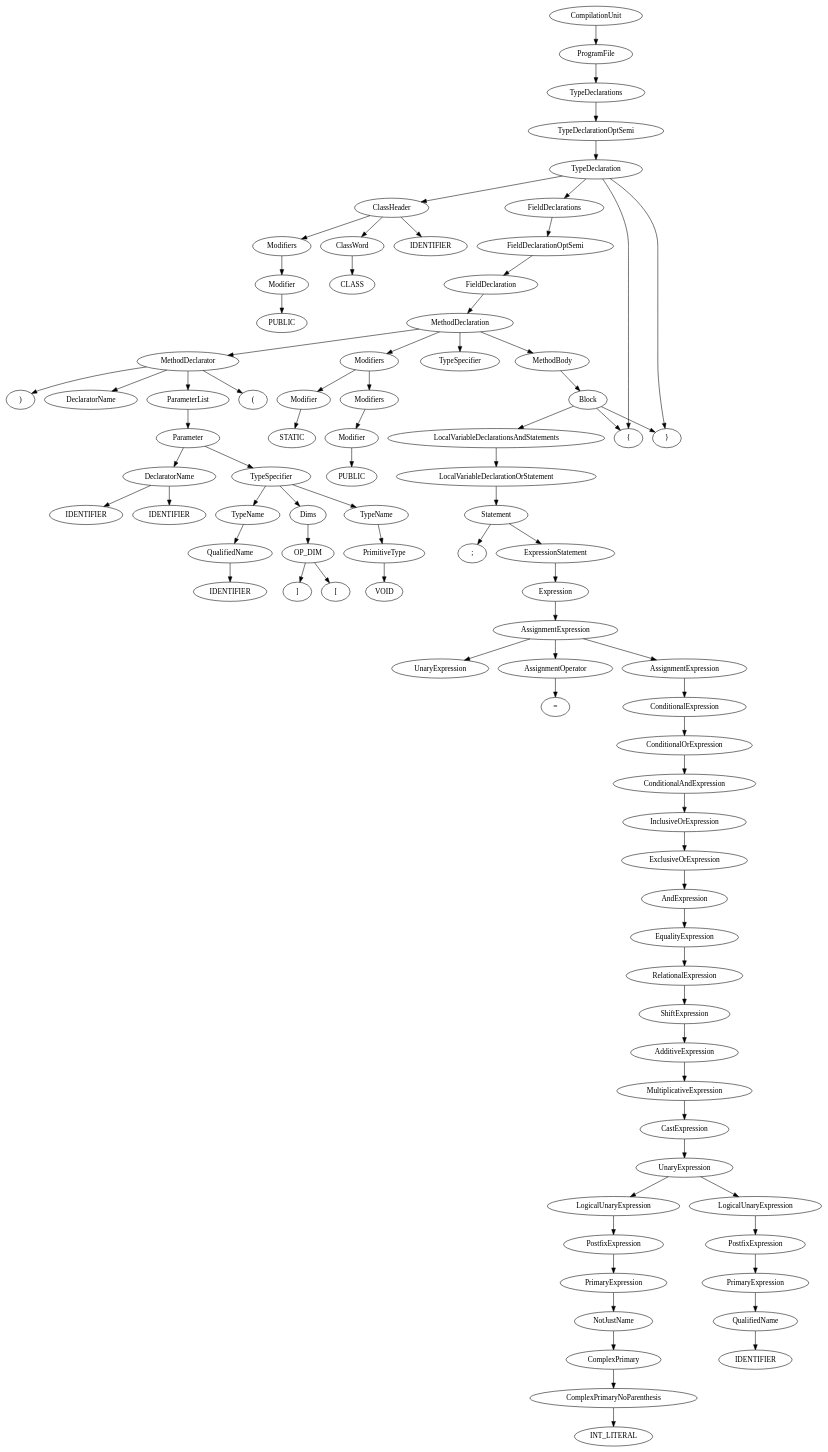
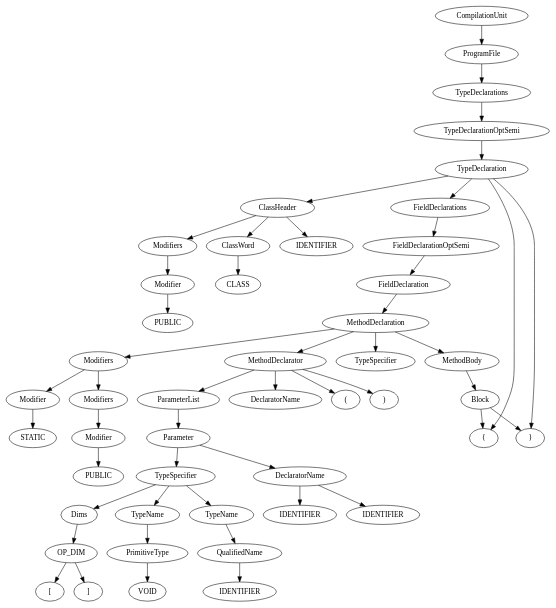
Before and after one commit to shubhag/compiler: the diagram in asgn2/parse_tree.dot, drawn with Graphviz. The commit also changed 26 other files, not shown here.

```diff
--- a/asgn2/parse_tree.dot
+++ b/asgn2/parse_tree.dot
@@ -1,141 +1,75 @@
 digraph "Parse Tree" {
 	ProgramFile1 [label = "ProgramFile"] 
 	CompilationUnit -> {  ProgramFile1 }
 	TypeDeclarations1 [label = "TypeDeclarations"] 
 	ProgramFile1 -> {  TypeDeclarations1 }
 	TypeDeclarationOptSemi1 [label = "TypeDeclarationOptSemi"] 
 	TypeDeclarations1 -> {  TypeDeclarationOptSemi1 }
 	TypeDeclaration1 [label = "TypeDeclaration"] 
 	TypeDeclarationOptSemi1 -> {  TypeDeclaration1 }
 	ClassHeader1 [label = "ClassHeader"] 
 	FieldDeclarations1 [label = "FieldDeclarations"] 
 	TypeDeclaration1 -> {  ClassHeader1 "{" FieldDeclarations1 "}" }
 	FieldDeclarationOptSemi1 [label = "FieldDeclarationOptSemi"] 
 	FieldDeclarations1 -> {  FieldDeclarationOptSemi1 }
 	FieldDeclaration1 [label = "FieldDeclaration"] 
 	FieldDeclarationOptSemi1 -> {  FieldDeclaration1 }
 	MethodDeclaration1 [label = "MethodDeclaration"] 
 	FieldDeclaration1 -> {  MethodDeclaration1 }
 	Modifiers1 [label = "Modifiers"] 
 	TypeSpecifier1 [label = "TypeSpecifier"] 
 	MethodDeclarator1 [label = "MethodDeclarator"] 
 	MethodBody1 [label = "MethodBody"] 
 	MethodDeclaration1 -> {  Modifiers1 TypeSpecifier1 MethodDeclarator1 MethodBody1 }
 	Block1 [label = "Block"] 
 	MethodBody1 -> {  Block1 }
-	LocalVariableDeclarationsAndStatements1 [label = "LocalVariableDeclarationsAndStatements"] 
-	Block1 -> {  "{" LocalVariableDeclarationsAndStatements1 "}" }
-	LocalVariableDeclarationOrStatement1 [label = "LocalVariableDeclarationOrStatement"] 
-	LocalVariableDeclarationsAndStatements1 -> {  LocalVariableDeclarationOrStatement1 }
-	Statement1 [label = "Statement"] 
-	LocalVariableDeclarationOrStatement1 -> {  Statement1 }
-	ExpressionStatement1 [label = "ExpressionStatement"] 
-	Statement1 -> {  ExpressionStatement1 ";" }
-	Expression1 [label = "Expression"] 
-	ExpressionStatement1 -> {  Expression1 }
-	AssignmentExpression1 [label = "AssignmentExpression"] 
-	Expression1 -> {  AssignmentExpression1 }
-	UnaryExpression1 [label = "UnaryExpression"] 
-	AssignmentOperator1 [label = "AssignmentOperator"] 
-	AssignmentExpression2 [label = "AssignmentExpression"] 
-	AssignmentExpression1 -> {  UnaryExpression1 AssignmentOperator1 AssignmentExpression2 }
-	ConditionalExpression1 [label = "ConditionalExpression"] 
-	AssignmentExpression2 -> {  ConditionalExpression1 }
-	ConditionalOrExpression1 [label = "ConditionalOrExpression"] 
-	ConditionalExpression1 -> {  ConditionalOrExpression1 }
-	ConditionalAndExpression1 [label = "ConditionalAndExpression"] 
-	ConditionalOrExpression1 -> {  ConditionalAndExpression1 }
-	InclusiveOrExpression1 [label = "InclusiveOrExpression"] 
-	ConditionalAndExpression1 -> {  InclusiveOrExpression1 }
-	ExclusiveOrExpression1 [label = "ExclusiveOrExpression"] 
-	InclusiveOrExpression1 -> {  ExclusiveOrExpression1 }
-	AndExpression1 [label = "AndExpression"] 
-	ExclusiveOrExpression1 -> {  AndExpression1 }
-	EqualityExpression1 [label = "EqualityExpression"] 
-	AndExpression1 -> {  EqualityExpression1 }
-	RelationalExpression1 [label = "RelationalExpression"] 
-	EqualityExpression1 -> {  RelationalExpression1 }
-	ShiftExpression1 [label = "ShiftExpression"] 
-	RelationalExpression1 -> {  ShiftExpression1 }
-	AdditiveExpression1 [label = "AdditiveExpression"] 
-	ShiftExpression1 -> {  AdditiveExpression1 }
-	MultiplicativeExpression1 [label = "MultiplicativeExpression"] 
-	AdditiveExpression1 -> {  MultiplicativeExpression1 }
-	CastExpression1 [label = "CastExpression"] 
-	MultiplicativeExpression1 -> {  CastExpression1 }
-	UnaryExpression2 [label = "UnaryExpression"] 
-	CastExpression1 -> {  UnaryExpression2 }
-	LogicalUnaryExpression1 [label = "LogicalUnaryExpression"] 
-	UnaryExpression2 -> {  LogicalUnaryExpression1 }
-	PostfixExpression1 [label = "PostfixExpression"] 
-	LogicalUnaryExpression1 -> {  PostfixExpression1 }
-	PrimaryExpression1 [label = "PrimaryExpression"] 
-	PostfixExpression1 -> {  PrimaryExpression1 }
-	NotJustName1 [label = "NotJustName"] 
-	PrimaryExpression1 -> {  NotJustName1 }
-	ComplexPrimary1 [label = "ComplexPrimary"] 
-	NotJustName1 -> {  ComplexPrimary1 }
-	ComplexPrimaryNoParenthesis1 [label = "ComplexPrimaryNoParenthesis"] 
-	ComplexPrimary1 -> {  ComplexPrimaryNoParenthesis1 }
-	INT_LITERAL1 [label = "INT_LITERAL"] 
-	ComplexPrimaryNoParenthesis1 -> {  INT_LITERAL1 }
-	AssignmentOperator1 -> {  "=" }
-	LogicalUnaryExpression2 [label = "LogicalUnaryExpression"] 
-	UnaryExpression2 -> {  LogicalUnaryExpression2 }
-	PostfixExpression2 [label = "PostfixExpression"] 
-	LogicalUnaryExpression2 -> {  PostfixExpression2 }
-	PrimaryExpression2 [label = "PrimaryExpression"] 
-	PostfixExpression2 -> {  PrimaryExpression2 }
-	QualifiedName1 [label = "QualifiedName"] 
-	PrimaryExpression2 -> {  QualifiedName1 }
-	IDENTIFIER1 [label = "IDENTIFIER"] 
-	QualifiedName1 -> {  IDENTIFIER1 }
+	Block1 -> {  "{" "}" }
 	DeclaratorName1 [label = "DeclaratorName"] 
 	ParameterList1 [label = "ParameterList"] 
 	MethodDeclarator1 -> {  DeclaratorName1 "(" ParameterList1 ")" }
 	Parameter1 [label = "Parameter"] 
 	ParameterList1 -> {  Parameter1 }
 	TypeSpecifier2 [label = "TypeSpecifier"] 
 	DeclaratorName2 [label = "DeclaratorName"] 
 	Parameter1 -> {  TypeSpecifier2 DeclaratorName2 }
-	IDENTIFIER2 [label = "IDENTIFIER"] 
-	DeclaratorName2 -> {  IDENTIFIER2 }
+	IDENTIFIER1 [label = "IDENTIFIER"] 
+	DeclaratorName2 -> {  IDENTIFIER1 }
 	TypeName1 [label = "TypeName"] 
 	Dims1 [label = "Dims"] 
 	TypeSpecifier2 -> {  TypeName1 Dims1 }
 	OP_DIM1 [label = "OP_DIM"] 
 	Dims1 -> {  OP_DIM1 }
 	OP_DIM1 -> {  "[" "]" }
-	QualifiedName2 [label = "QualifiedName"] 
-	TypeName1 -> {  QualifiedName2 }
+	QualifiedName1 [label = "QualifiedName"] 
+	TypeName1 -> {  QualifiedName1 }
+	IDENTIFIER2 [label = "IDENTIFIER"] 
+	QualifiedName1 -> {  IDENTIFIER2 }
 	IDENTIFIER3 [label = "IDENTIFIER"] 
-	QualifiedName2 -> {  IDENTIFIER3 }
-	IDENTIFIER4 [label = "IDENTIFIER"] 
-	DeclaratorName2 -> {  IDENTIFIER4 }
+	DeclaratorName2 -> {  IDENTIFIER3 }
 	TypeName2 [label = "TypeName"] 
 	TypeSpecifier2 -> {  TypeName2 }
 	PrimitiveType1 [label = "PrimitiveType"] 
 	TypeName2 -> {  PrimitiveType1 }
 	VOID1 [label = "VOID"] 
 	PrimitiveType1 -> {  VOID1 }
 	Modifiers2 [label = "Modifiers"] 
 	Modifier1 [label = "Modifier"] 
 	Modifiers1 -> {  Modifiers2 Modifier1 }
 	STATIC1 [label = "STATIC"] 
 	Modifier1 -> {  STATIC1 }
 	Modifier2 [label = "Modifier"] 
 	Modifiers2 -> {  Modifier2 }
 	PUBLIC1 [label = "PUBLIC"] 
 	Modifier2 -> {  PUBLIC1 }
 	Modifiers3 [label = "Modifiers"] 
 	ClassWord1 [label = "ClassWord"] 
-	IDENTIFIER5 [label = "IDENTIFIER"] 
-	ClassHeader1 -> {  Modifiers3 ClassWord1 IDENTIFIER5 }
+	IDENTIFIER4 [label = "IDENTIFIER"] 
+	ClassHeader1 -> {  Modifiers3 ClassWord1 IDENTIFIER4 }
 	CLASS1 [label = "CLASS"] 
 	ClassWord1 -> {  CLASS1 }
 	Modifier3 [label = "Modifier"] 
 	Modifiers3 -> {  Modifier3 }
 	PUBLIC2 [label = "PUBLIC"] 
 	Modifier3 -> {  PUBLIC2 }
 
 }
```
